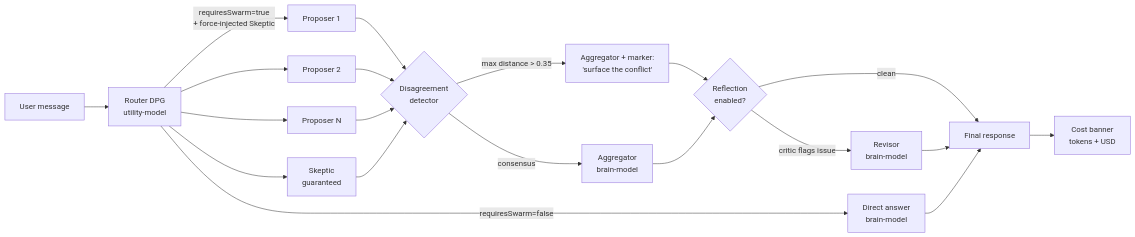
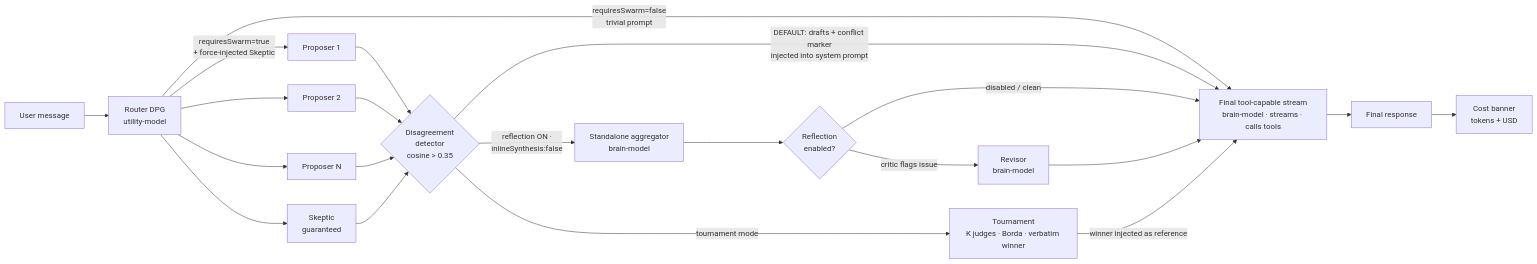
The diagram in README.md (aleksbuss/orchestra), drawn with Mermaid before and after one commit. The commit also changed other lines of this file, not shown here.

First line of the commit message:
docs(readme): correct the MoA pipeline diagram to match the real Swarm flow

````diff
--- a/README.md
+++ b/README.md
@@ -55,22 +55,23 @@
 ```mermaid
 flowchart LR
     U[User message] --> R[Router DPG<br/>utility-model]
-    R -->|requiresSwarm=false| D[Direct answer<br/>brain-model]
+    R -->|requiresSwarm=false<br/>trivial prompt| FS
     R -->|requiresSwarm=true<br/>+ force-injected Skeptic| P1[Proposer 1]
     R --> P2[Proposer 2]
     R --> P3[Proposer N]
     R --> PS[Skeptic<br/>guaranteed]
-    P1 --> DD{Disagreement<br/>detector}
+    P1 --> DD{Disagreement<br/>detector<br/>cosine &gt; 0.35}
     P2 --> DD
     P3 --> DD
     PS --> DD
-    DD -->|max distance &gt; 0.35| AGG_M[Aggregator + marker:<br/>'surface the conflict']
-    DD -->|consensus| AGG[Aggregator<br/>brain-model]
-    AGG_M --> REF{Reflection<br/>enabled?}
-    AGG --> REF
+    DD -->|DEFAULT: drafts + conflict marker<br/>injected into system prompt| FS[Final tool-capable stream<br/>brain-model · streams · calls tools]
+    DD -->|reflection ON ·<br/>inlineSynthesis:false| AGG[Standalone aggregator<br/>brain-model]
+    DD -->|tournament mode| TQ[Tournament<br/>K judges · Borda · verbatim winner]
+    AGG --> REF{Reflection<br/>enabled?}
     REF -->|critic flags issue| REV[Revisor<br/>brain-model]
-    REF -->|clean| OUT[Final response]
-    REV --> OUT
-    D --> OUT
+    REF -->|disabled / clean| FS
+    REV --> FS
+    TQ -->|winner injected as reference| FS
+    FS --> OUT[Final response]
     OUT --> CB[Cost banner<br/>tokens + USD]
 ```
````
